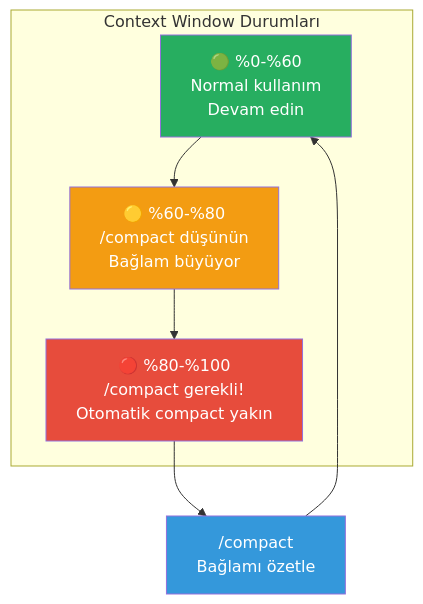
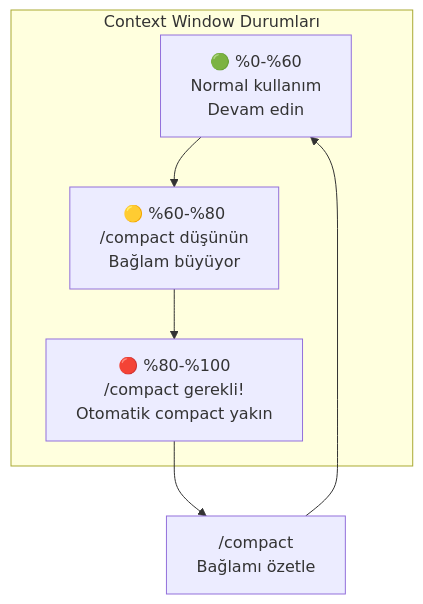
Before and after one commit to IzzetYasinAtes/ClaudeCodeHandbook: the second of 4 diagrams in 17-konfigurasyon/06-durum-satiri.md, drawn with Mermaid. The commit also changed other lines of this file and 97 other files, not shown here.

Commit message:
Remove all custom Mermaid style/fill colors from 98 markdown files for consistent dark theme rendering

````diff
--- a/17-konfigurasyon/06-durum-satiri.md
+++ b/17-konfigurasyon/06-durum-satiri.md
@@ -50,17 +46,13 @@
 ```mermaid
 flowchart TD
     subgraph usage ["Context Window Durumları"]
         GREEN["🟢 %0-%60<br/>Normal kullanım<br/>Devam edin"]
         YELLOW["🟡 %60-%80<br/>/compact düşünün<br/>Bağlam büyüyor"]
         RED["🔴 %80-%100<br/>/compact gerekli!<br/>Otomatik compact yakın"]
     end
 
     GREEN --> YELLOW --> RED
     RED --> COMPACT["/compact<br/>Bağlamı özetle"]
     COMPACT --> GREEN
 
-    style GREEN fill:#27AE60,color:#fff
-    style YELLOW fill:#F39C12,color:#fff
-    style RED fill:#E74C3C,color:#fff
-    style COMPACT fill:#3498DB,color:#fff
 ```
````
